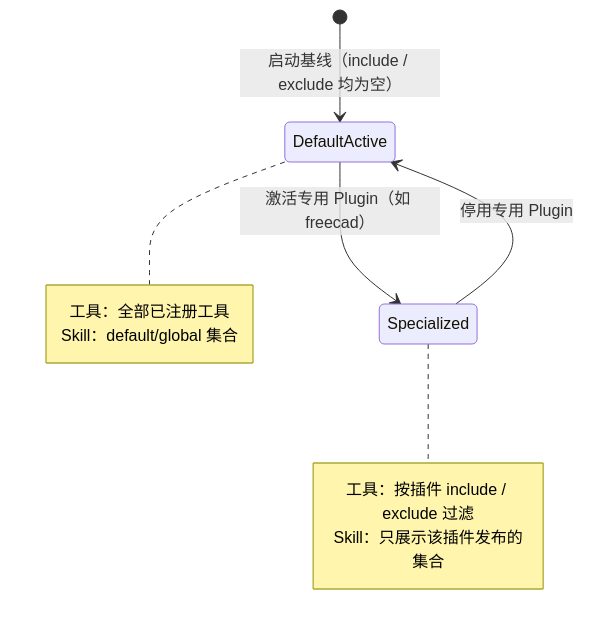
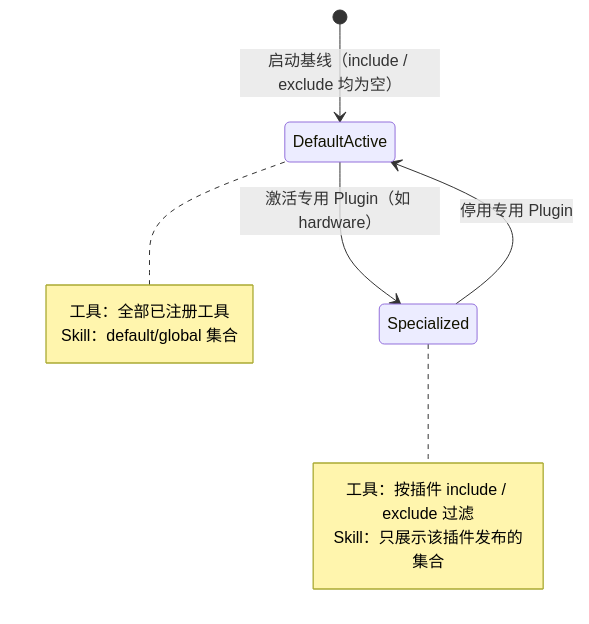
One commit to RedHuang-0622/seelex changed the diagram in plugins/default/README.md. Above: the diagram before and after it, drawn with Mermaid. The commit also changed 35 other files, not shown here.

First line of the commit message:
refactor(plugins): freecad → hardware 归并——CAD 线程收入硬件归置插件

````diff
--- a/plugins/default/README.md
+++ b/plugins/default/README.md
@@ -12,14 +12,14 @@
 ```mermaid
 stateDiagram-v2
     [*] --> DefaultActive: 启动基线（include / exclude 均为空）
-    DefaultActive --> Specialized: 激活专用 Plugin（如 freecad）
+    DefaultActive --> Specialized: 激活专用 Plugin（如 hardware）
     Specialized --> DefaultActive: 停用专用 Plugin
     note right of DefaultActive
         工具：全部已注册工具
         Skill：default/global 集合
     end note
     note right of Specialized
         工具：按插件 include / exclude 过滤
         Skill：只展示该插件发布的集合
     end note
 ```
````
